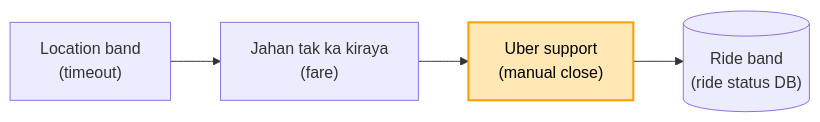
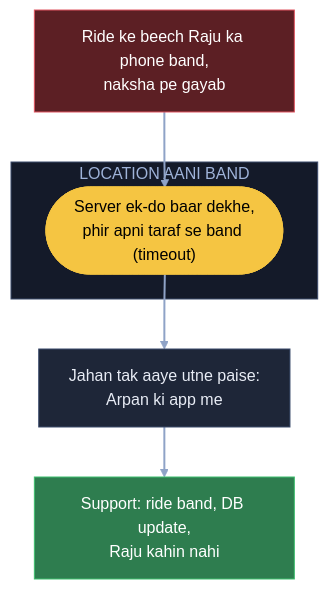
Diagram 11 of 11 in 04_HLD/SYSTEM_DESIGNS/15_uber/15_uber.md (ArpanMaheshwari144/Prep), drawn with Mermaid before and after one commit. The commit also changed other lines of this file and 3 other files, not shown here.

Commit message:
Uber: 14 diagram hand notes ke shabdon se; K3 / K4 / K10 me naksha + chhoti gaadi (SVG); K6 apni jodi line hatai

````diff
--- a/04_HLD/SYSTEM_DESIGNS/15_uber/15_uber.md
+++ b/04_HLD/SYSTEM_DESIGNS/15_uber/15_uber.md
@@ -267,7 +359,18 @@
 ```mermaid
-flowchart LR
-    L["Location band<br/>(timeout)"] --> F["Jahan tak ka kiraya<br/>(fare)"]
-    F --> SP["Uber support<br/>(manual close)"]
-    SP --> D[("Ride band<br/>(ride status DB)")]
-    style SP fill:#ffe8b3,stroke:#f59f00,stroke-width:2px,color:#000
+flowchart TB
+    X["Ride ke beech Raju ka phone band,<br/>naksha pe gayab"]:::bad
+    subgraph LT["LOCATION AANI BAND"]
+        W(["Server ek-do baar dekhe,<br/>phir apni taraf se band (timeout)"]):::pill
+    end
+    P["Jahan tak aaye utne paise:<br/>Arpan ki app me"]:::card
+    S["Support: ride band, DB update,<br/>Raju kahin nahi"]:::good
+    X --> W
+    W --> P
+    P --> S
+    linkStyle default stroke:#8fa3c7,stroke-width:2px
+    classDef card fill:#1e2638,stroke:#3a4a6b,color:#e8ecf5
+    classDef pill fill:#f5c542,stroke:#f5c542,color:#000
+    classDef good fill:#2e7d4f,stroke:#3fbf6f,color:#fff
+    classDef bad fill:#5c1f24,stroke:#e05561,color:#fff
+    style LT fill:#141a29,stroke:#3a4a6b,color:#9fb3d9
 ```
````
